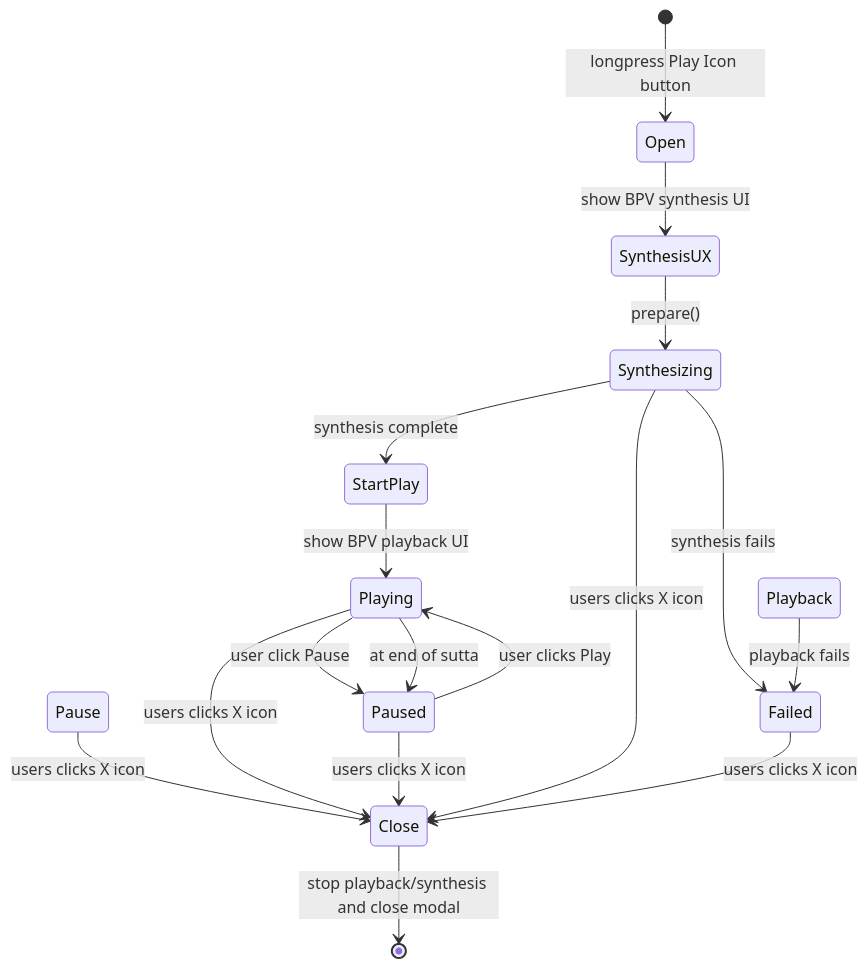
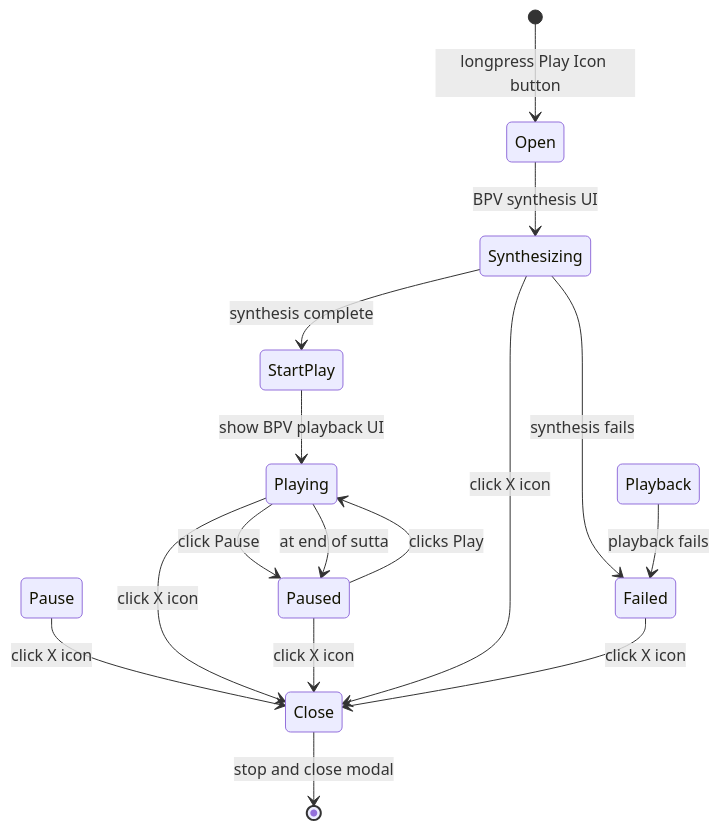
Before and after one commit to sc-voice/scv-app: the diagram in doc/BackgroundPlayerView.md, drawn with Mermaid.

Commit message:
BackgroundPlayerView

````diff
--- a/doc/BackgroundPlayerView.md
+++ b/doc/BackgroundPlayerView.md
@@ -26,23 +26,22 @@
 ```mermaid
 stateDiagram-v2
     [*] --> Open: longpress Play Icon button
 
-    Open --> SynthesisUX: show BPV synthesis UI
-    SynthesisUX --> Synthesizing: prepare()
+    Open --> Synthesizing: BPV synthesis UI
     Synthesizing --> StartPlay: synthesis complete
     StartPlay --> Playing: show BPV playback UI 
-    Playing --> Paused: user click Pause
+    Playing --> Paused: click Pause
     Playing --> Paused: at end of sutta
-    Paused --> Playing: user clicks Play
+    Paused --> Playing: clicks Play
 
-    Pause --> Close: users clicks X icon
-    Playing --> Close: users clicks X icon
-    Paused --> Close: users clicks X icon
-    Synthesizing --> Close: users clicks X icon
+    Pause --> Close: click X icon
+    Playing --> Close: click X icon
+    Paused --> Close: click X icon
+    Synthesizing --> Close: click X icon
 
     Synthesizing --> Failed: synthesis fails
     Playback --> Failed: playback fails
-    Failed --> Close: users clicks X icon
+    Failed --> Close: click X icon
 
-    Close --> [*]: stop playback/synthesis and close modal 
+    Close --> [*]: stop and close modal 
 ```
````
